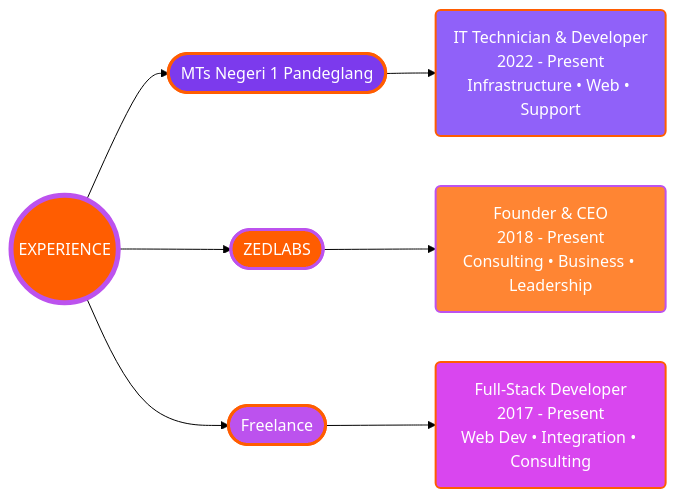
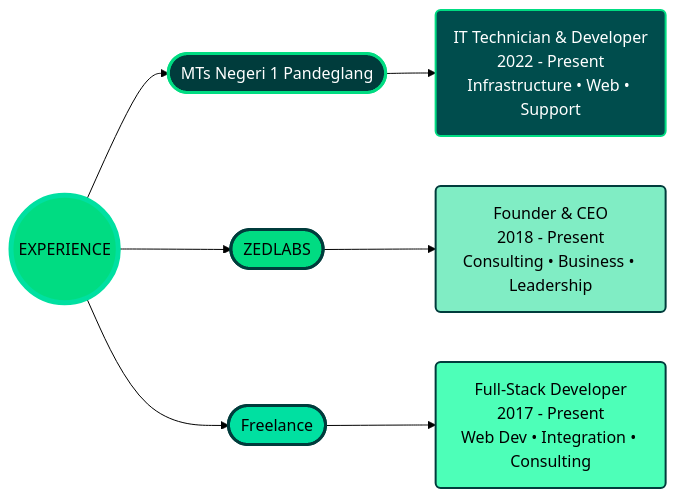
The first of 2 diagrams in README.mdx (zulfikriyahya/zulfikriyahya), drawn with Mermaid (forest theme) before and after one commit.

````diff
--- a/README.mdx
+++ b/README.mdx
@@ -141,29 +141,29 @@
 ```mermaid
 graph LR
     START(("EXPERIENCE"))
 
     A(["MTs Negeri 1 Pandeglang"])
     A1("IT Technician & Developer<br/>2022 - Present<br/>Infrastructure • Web • Support")
 
     B(["ZEDLABS"])
     B1("Founder & CEO<br/>2018 - Present<br/>Consulting • Business • Leadership")
 
     C(["Freelance"])
     C1("Full-Stack Developer<br/>2017 - Present<br/>Web Dev • Integration • Consulting")
 
     START --> A
     START --> B
     START --> C
 
     A --> A1
     B --> B1
     C --> C1
 
-    style START fill:#FF5D01,stroke:#BC52EE,stroke-width:5px,color:#fff
-    style A fill:#7C3AED,stroke:#FF5D01,stroke-width:3px,color:#fff
-    style B fill:#FF5D01,stroke:#BC52EE,stroke-width:3px,color:#fff
-    style C fill:#BC52EE,stroke:#FF5D01,stroke-width:3px,color:#fff
-    style A1 fill:#9061F9,stroke:#FF5D01,stroke-width:2px,color:#fff
-    style B1 fill:#FF8533,stroke:#BC52EE,stroke-width:2px,color:#fff
-    style C1 fill:#D946EF,stroke:#FF5D01,stroke-width:2px,color:#fff
+    style START fill:#00DC82,stroke:#00E0A1,stroke-width:5px,color:#000
+    style A fill:#003C3C,stroke:#00DC82,stroke-width:3px,color:#fff
+    style B fill:#00DC82,stroke:#003C3C,stroke-width:3px,color:#000
+    style C fill:#00E0A1,stroke:#003C3C,stroke-width:3px,color:#000
+    style A1 fill:#004D4D,stroke:#00DC82,stroke-width:2px,color:#fff
+    style B1 fill:#80EDC4,stroke:#003C3C,stroke-width:2px,color:#000
+    style C1 fill:#4DFFB8,stroke:#003C3C,stroke-width:2px,color:#000
 ```
````
